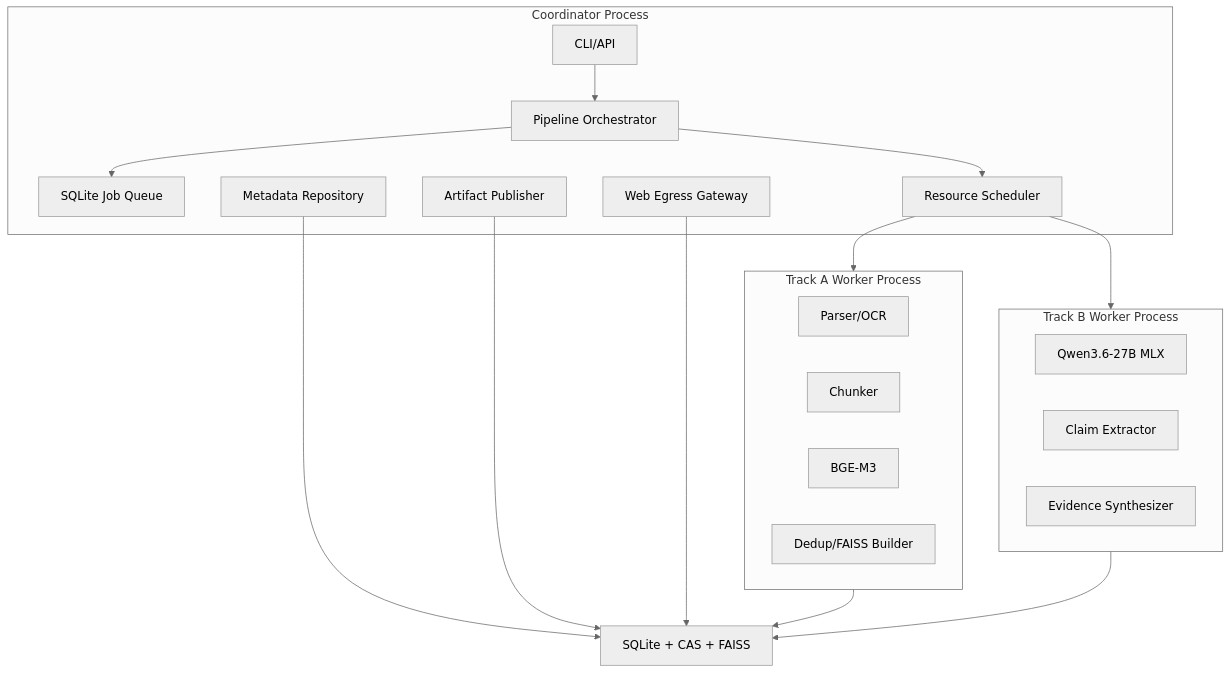
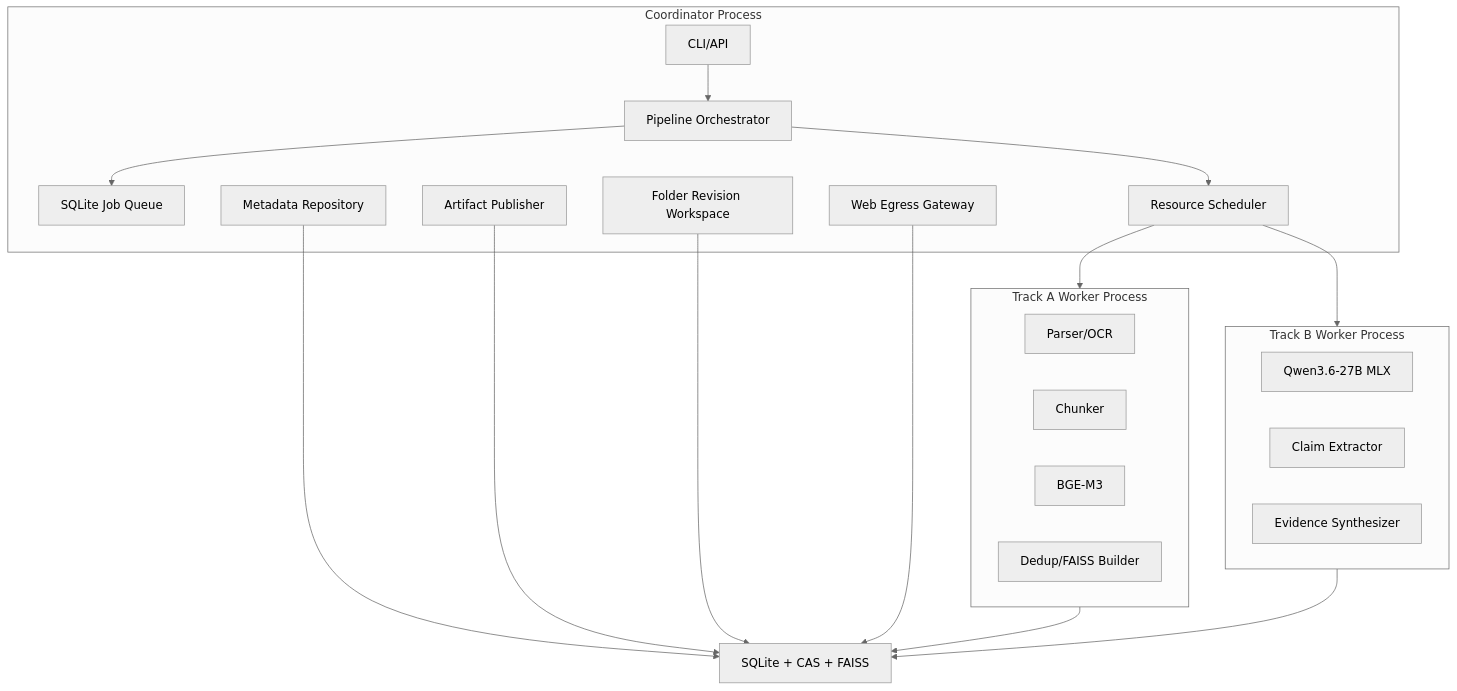
The second of 6 diagrams in docs/architecture.md (creatorjun/RAG), drawn with Mermaid (neutral theme) before and after one commit. The commit also changed other lines of this file and 35 other files, not shown here.

````diff
--- a/docs/architecture.md
+++ b/docs/architecture.md
@@ -40,34 +43,36 @@
 ```mermaid
 flowchart TB
     subgraph CP["Coordinator Process"]
         API["CLI/API"]
         ORCH["Pipeline Orchestrator"]
         QUEUE["SQLite Job Queue"]
         SCHED["Resource Scheduler"]
         META["Metadata Repository"]
         PUB["Artifact Publisher"]
+        FOLDER["Folder Revision Workspace"]
         WEBG["Web Egress Gateway"]
     end
     subgraph AW["Track A Worker Process"]
         PARSE["Parser/OCR"]
         CHUNK["Chunker"]
         BGE["BGE-M3"]
         DEDUP["Dedup/FAISS Builder"]
     end
     subgraph BW["Track B Worker Process"]
         QWEN["Qwen3.6-27B MLX"]
         CLAIM["Claim Extractor"]
         SYN["Evidence Synthesizer"]
     end
     STORE["SQLite + CAS + FAISS"]
     API --> ORCH
     ORCH --> QUEUE
     ORCH --> SCHED
     SCHED --> AW
     SCHED --> BW
     AW --> STORE
     BW --> STORE
     META --> STORE
     PUB --> STORE
+    FOLDER --> STORE
     WEBG --> STORE
 ```
````
